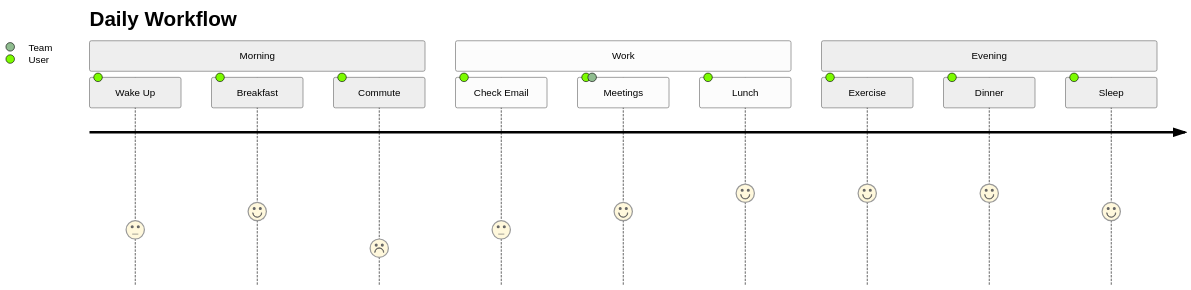
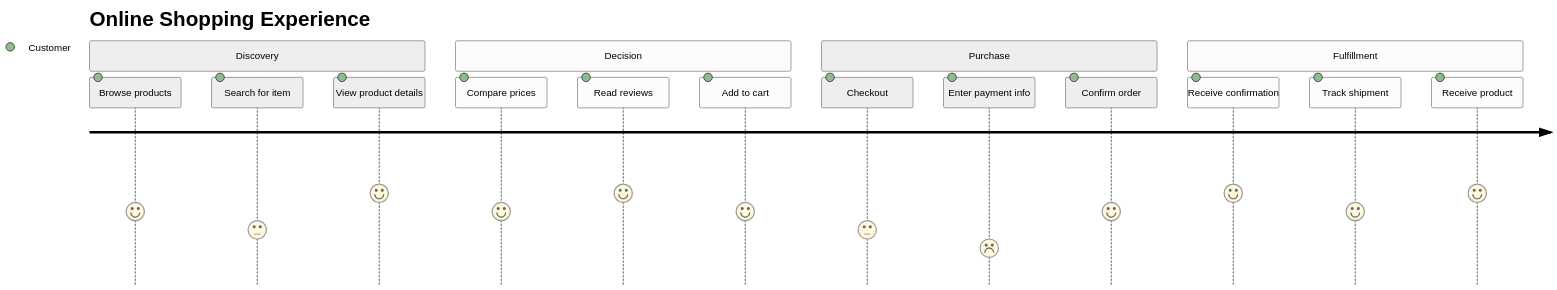
Before and after one commit to teachingai/full-stack-skills: the second of 7 diagrams in skills/mermaid/examples/journey.md, drawn with Mermaid (neutral theme). The commit also changed other lines of this file and 21 other files, not shown here.

First line of the commit message:
docs(mermaid): 更新架构、块、C4和类图示例文档

````diff
--- a/skills/mermaid/examples/journey.md
+++ b/skills/mermaid/examples/journey.md
@@ -37,16 +36,20 @@
 ```mermaid
 journey
-    title Daily Workflow
-    section Morning
-      Wake Up: 3: User
-      Breakfast: 4: User
-      Commute: 2: User
-    section Work
-      Check Email: 3: User
-      Meetings: 4: User, Team
-      Lunch: 5: User
-    section Evening
-      Exercise: 5: User
-      Dinner: 5: User
-      Sleep: 4: User
+    title Online Shopping Experience
+    section Discovery
+      Browse products: 4: Customer
+      Search for item: 3: Customer
+      View product details: 5: Customer
+    section Decision
+      Compare prices: 4: Customer
+      Read reviews: 5: Customer
+      Add to cart: 4: Customer
+    section Purchase
+      Checkout: 3: Customer
+      Enter payment info: 2: Customer
+      Confirm order: 4: Customer
+    section Fulfillment
+      Receive confirmation: 5: Customer
+      Track shipment: 4: Customer
+      Receive product: 5: Customer
 ```
````
